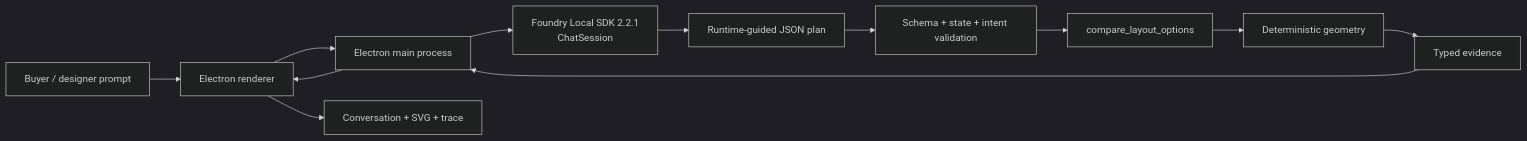
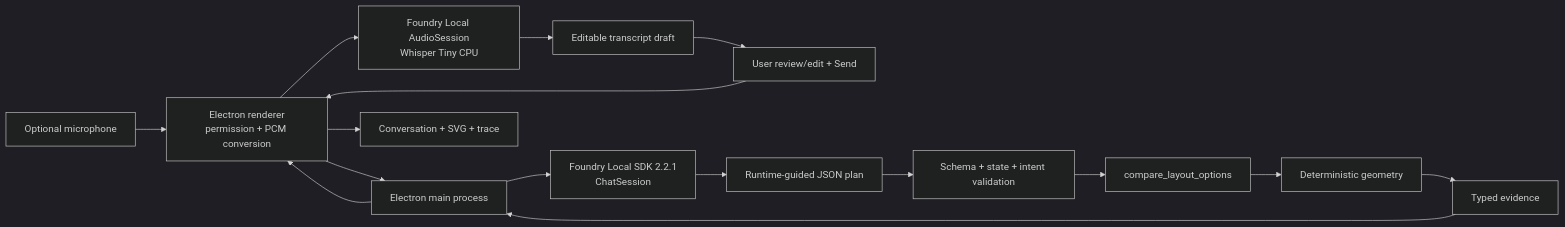
The first of 3 diagrams in ARCHITECTURE.md (Wayne-Ch/foundry-local-new-home-app), drawn with Mermaid (dark theme) before and after one commit. The commit also changed other lines of this file and 28 other files, not shown here.

````diff
--- a/ARCHITECTURE.md
+++ b/ARCHITECTURE.md
@@ -5,14 +5,18 @@
 ```mermaid
 flowchart LR
-  U[Buyer / designer prompt] --> R[Electron renderer]
+  MIC[Optional microphone] --> R[Electron renderer<br/>permission + PCM conversion]
+  R --> ASR[Foundry Local AudioSession<br/>Whisper Tiny CPU]
+  ASR --> D[Editable transcript draft]
+  D --> U[User review/edit + Send]
+  U --> R
   R --> M[Electron main process]
   M --> FL[Foundry Local SDK 2.2.1<br/>ChatSession]
   FL --> P[Runtime-guided JSON plan]
   P --> V[Schema + state + intent validation]
   V --> T[compare_layout_options]
   T --> G[Deterministic geometry]
   G --> E[Typed evidence]
   E --> M
   M --> R
   R --> S[Conversation + SVG + trace]
 ```
````
